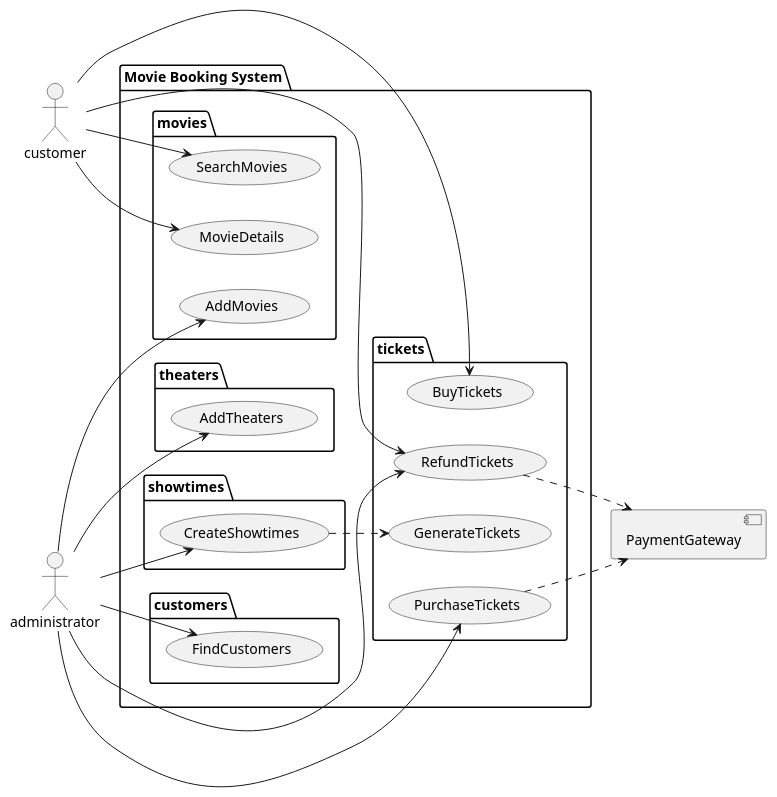
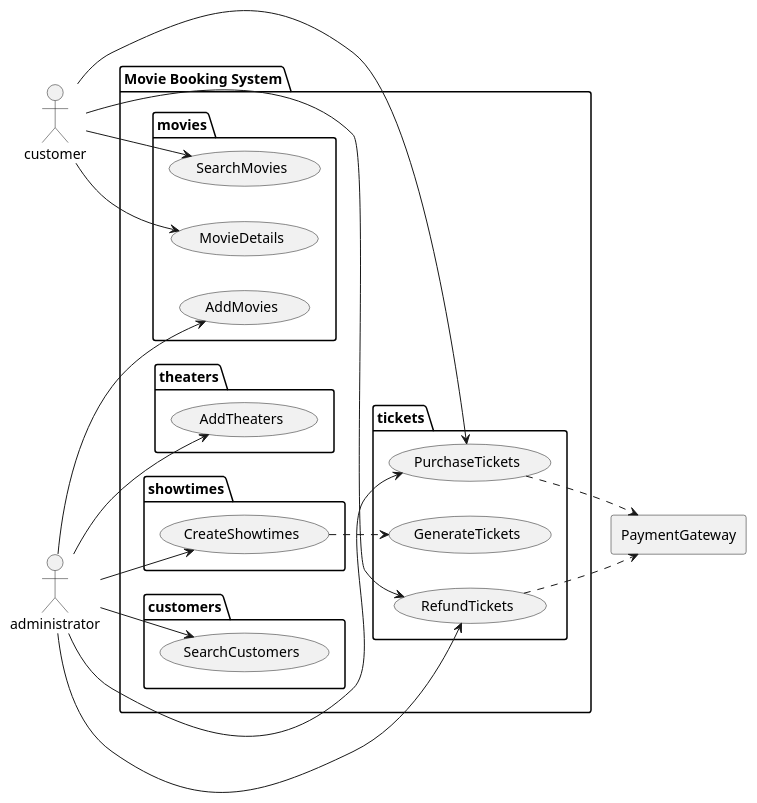
One commit to mannercode/mannercode.github.io changed the tenth of 12 diagrams in _posts/2025-04-01-movie-booking-system-1.md. Above: the diagram before and after it, drawn with PlantUML. The commit also changed other lines of this file and 15 other files, not shown here.

First line of the commit message:
Add UML diagrams and SVG representations for Movie Booking System use cases

```diff
--- a/_posts/2025-04-01-movie-booking-system-1.md
+++ b/_posts/2025-04-01-movie-booking-system-1.md
@@ -310,52 +310,51 @@
 {% plantuml %}
 @startuml
 left to right direction
 actor customer
 actor administrator
-component PaymentGateway
+rectangle PaymentGateway
 
 package "Movie Booking System" as mbs {
     package theaters {
         usecase AddTheaters
     }
 
     package movies {
         usecase AddMovies
     usecase MovieDetails
     usecase SearchMovies
     }
 
     package customers {
-        usecase FindCustomers
+        usecase SearchCustomers
     }
 
     package showtimes {
         usecase CreateShowtimes
     }
 
     package tickets {
         usecase PurchaseTickets
         usecase RefundTickets
-        usecase BuyTickets
         usecase GenerateTickets
     }
 }
 
 administrator --> AddTheaters
 administrator --> AddMovies
-administrator --> FindCustomers
+administrator --> SearchCustomers
 administrator --> CreateShowtimes
 administrator --> PurchaseTickets
 administrator --> RefundTickets
 
 customer --> MovieDetails
 customer --> SearchMovies
-customer --> BuyTickets
+customer --> PurchaseTickets
 customer --> RefundTickets
 
 PurchaseTickets ..> PaymentGateway
 RefundTickets ..> PaymentGateway
 CreateShowtimes ..> GenerateTickets
 
 @enduml
 {% endplantuml %}
```
